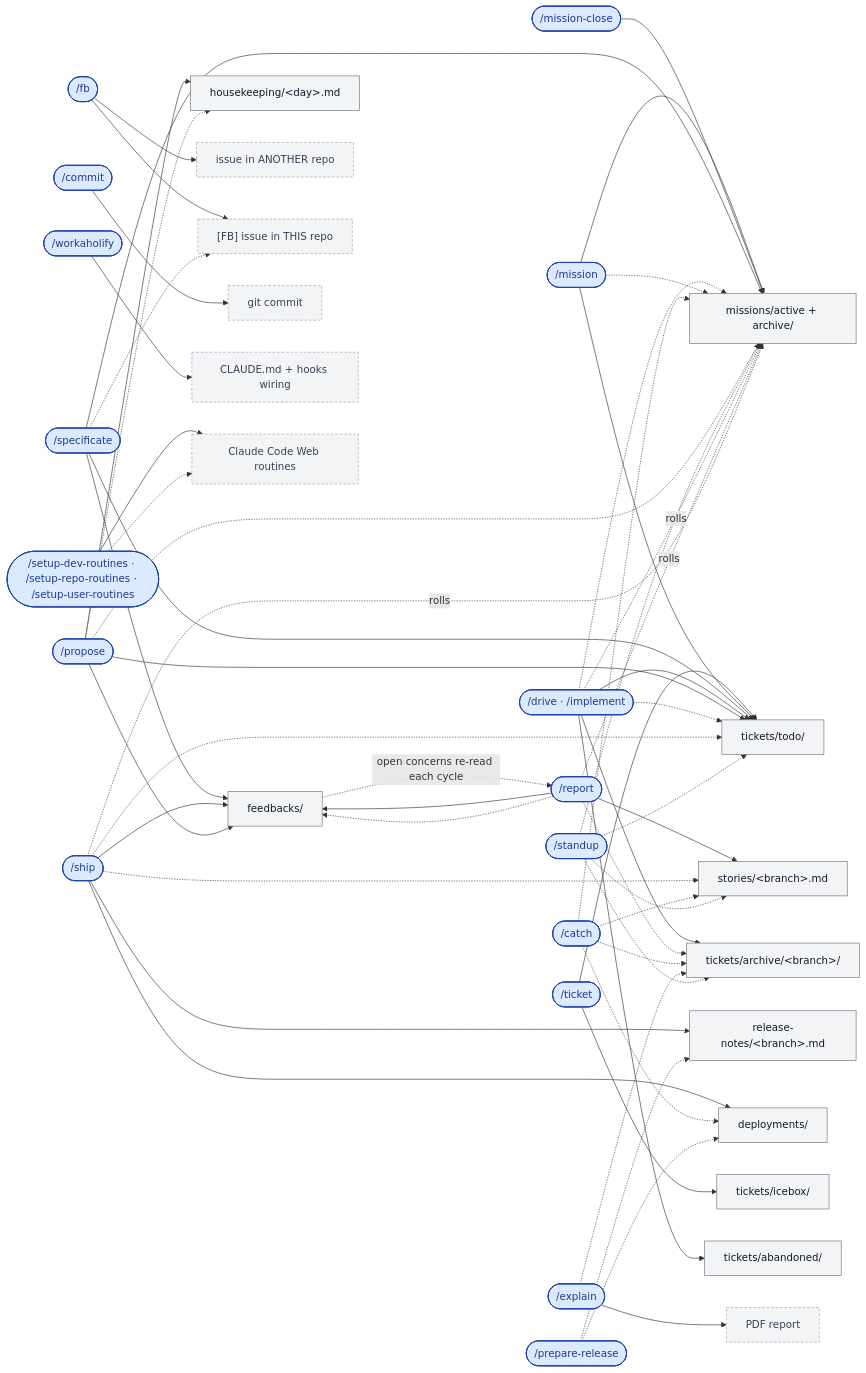
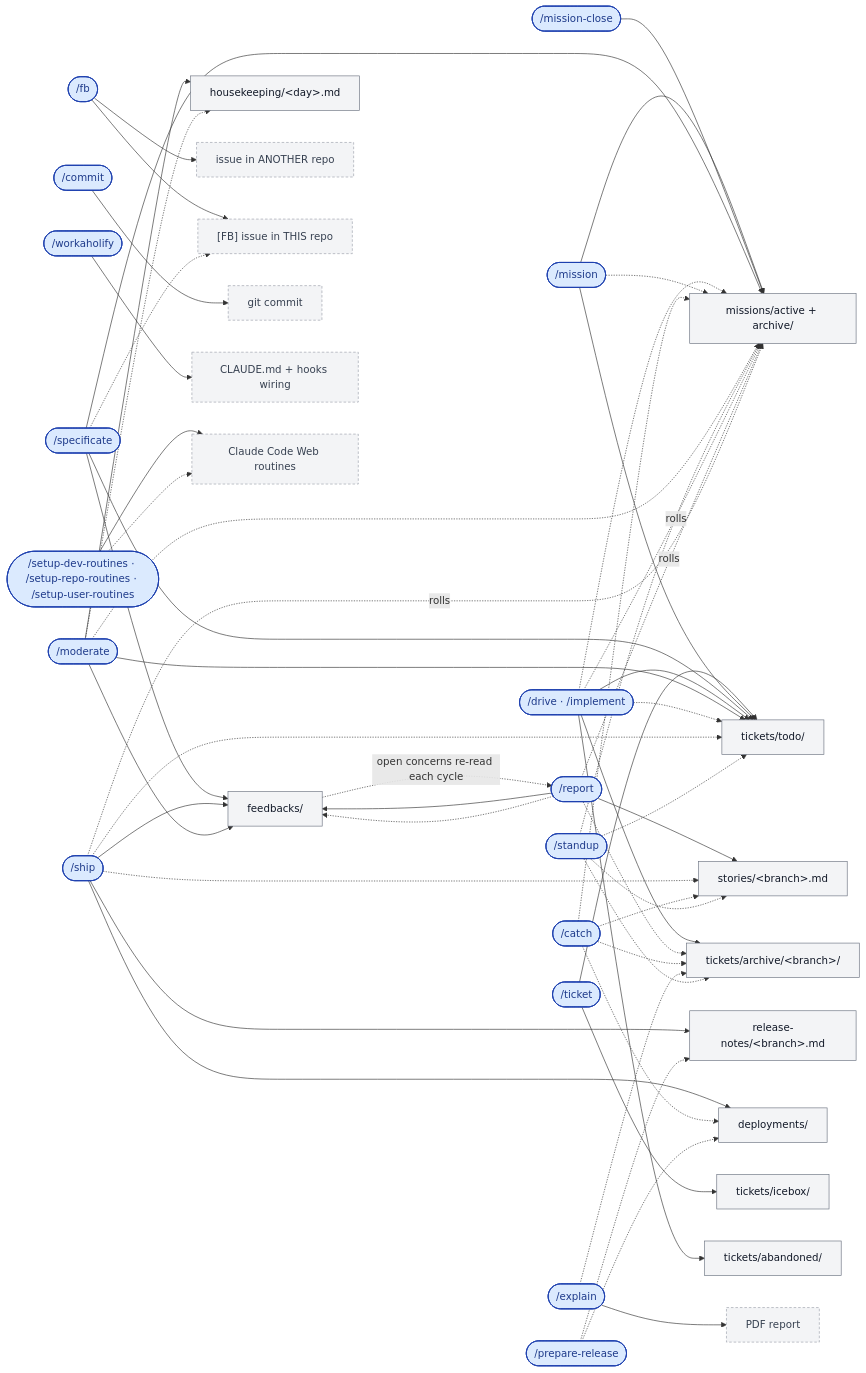
One commit to qmu/workaholic changed the fourth of 5 diagrams in README.md. Above: the diagram before and after it, drawn with Mermaid. The commit also changed other lines of this file and 44 other files, not shown here.

````diff
--- a/README.md
+++ b/README.md
@@ -321,7 +321,7 @@
   setuproutines(["/setup-dev-routines · /setup-repo-routines · /setup-user-routines"])
   releasestatus(["/prepare-release"])
   standup(["/standup"])
-  propose(["/propose"])
+  moderate(["/moderate"])
 
   %% ---------- artifacts under .workaholic/ (grey) ----------
   TODO["tickets/todo/"]
@@ -362,9 +362,9 @@
   ship --> REL
   ship --> FBK
   ship --> DEP
-  propose --> HK
-  propose --> FBK
-  propose --> TODO
+  moderate --> HK
+  moderate --> FBK
+  moderate --> TODO
   commit --> WT
   explain --> PDF
   workaholify --> CFG
@@ -385,8 +385,8 @@
   catch -.-> DEP
   explain -.-> ARCH
   setuproutines -.-> ROUT
-  propose -.-> MIS
-  propose -.-> HK
+  moderate -.-> MIS
+  moderate -.-> HK
   releasestatus -.-> DEP
   releasestatus -.-> REL
   standup -.-> TODO
@@ -406,7 +406,7 @@
   classDef cmd fill:#dbeafe,stroke:#1e40af,stroke-width:1.5px,color:#1e3a8a;
   classDef art fill:#f3f4f6,stroke:#6b7280,color:#111827;
   classDef ext fill:#f3f4f6,stroke:#9aa0aa,stroke-dasharray:4 3,color:#374151;
-  class ticket,mission,missionclose,specificate,feedback,drive,report,ship,releasestatus,standup,propose,catch,commit,explain,workaholify,setuproutines cmd;
+  class ticket,mission,missionclose,specificate,feedback,drive,report,ship,releasestatus,standup,moderate,catch,commit,explain,workaholify,setuproutines cmd;
   class TODO,ICE,ARCH,ABD,MIS,STORY,FBK,REL,DEP,HK art;
   class EXT,OWN,PDF,WT,CFG,ROUT ext;
 ```
````
